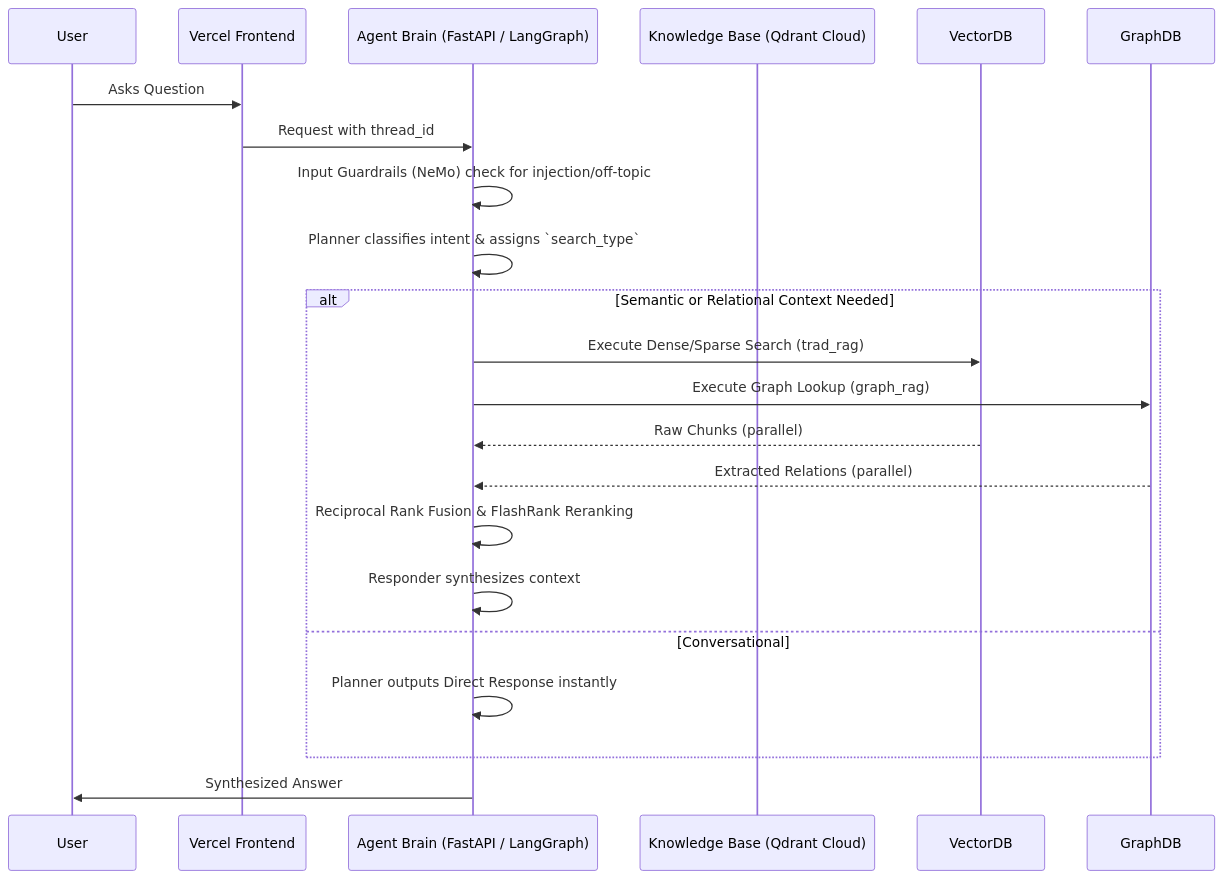
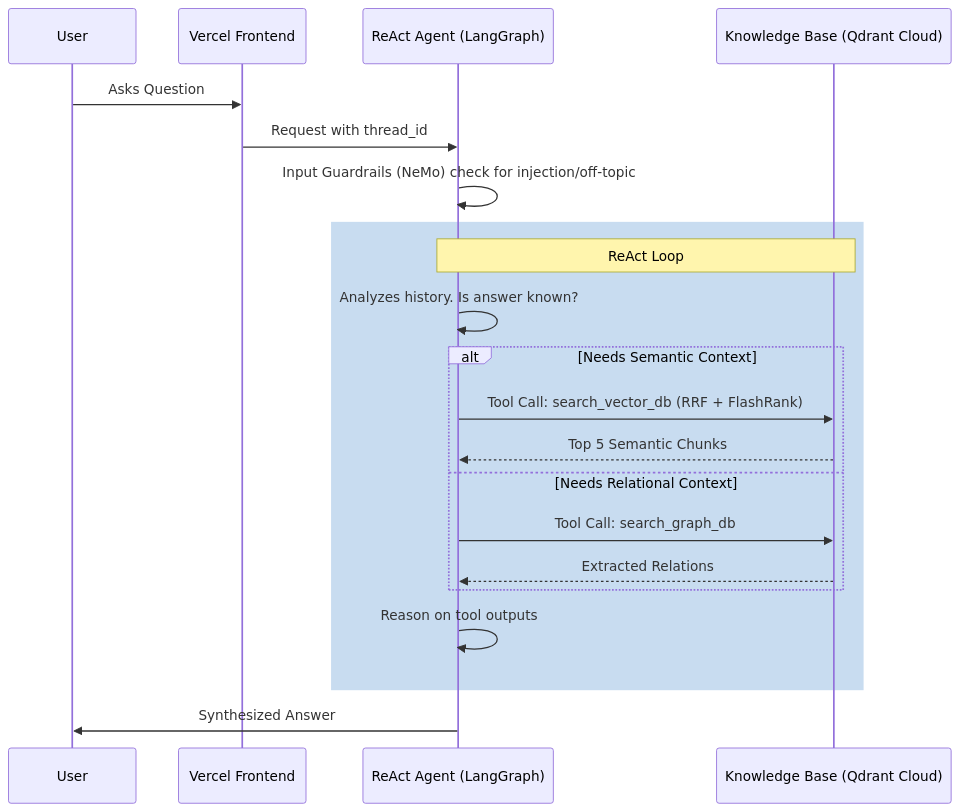
The diagram in docs/01_SYSTEM_OVERVIEW.md (MuhammadUmerKhan/portfolio-web-bot), drawn with Mermaid before and after one commit. The commit also changed other lines of this file and 9 other files, not shown here.

Commit message:
feat: migrate graph to Tool-Calling ReAct architecture

````diff
--- a/docs/01_SYSTEM_OVERVIEW.md
+++ b/docs/01_SYSTEM_OVERVIEW.md
@@ -18,25 +18,26 @@
 ```mermaid
 sequenceDiagram
     participant User
     participant UI as Vercel Frontend
-    participant Agent as Agent Brain (FastAPI / LangGraph)
+    participant Agent as ReAct Agent (LangGraph)
     participant DB as Knowledge Base (Qdrant Cloud)
 
     User->>UI: Asks Question
     UI->>Agent: Request with thread_id
     Agent->>Agent: Input Guardrails (NeMo) check for injection/off-topic
-    Agent->>Agent: Planner classifies intent & assigns `search_type`
     
-    alt Semantic or Relational Context Needed
-        Agent->>VectorDB: Execute Dense/Sparse Search (trad_rag)
-        Agent->>GraphDB: Execute Graph Lookup (graph_rag)
-        VectorDB-->>Agent: Raw Chunks (parallel)
-        GraphDB-->>Agent: Extracted Relations (parallel)
-        Agent->>Agent: Reciprocal Rank Fusion & FlashRank Reranking
-        Agent->>Agent: Responder synthesizes context
-    else Conversational
-        Agent->>Agent: Planner outputs Direct Response instantly
+    rect rgb(200, 220, 240)
+        Note over Agent, DB: ReAct Loop
+        Agent->>Agent: Analyzes history. Is answer known?
+        alt Needs Semantic Context
+            Agent->>DB: Tool Call: search_vector_db (RRF + FlashRank)
+            DB-->>Agent: Top 5 Semantic Chunks
+        else Needs Relational Context
+            Agent->>DB: Tool Call: search_graph_db
+            DB-->>Agent: Extracted Relations
+        end
+        Agent->>Agent: Reason on tool outputs
     end
     
     Agent->>User: Synthesized Answer
 ```
````
